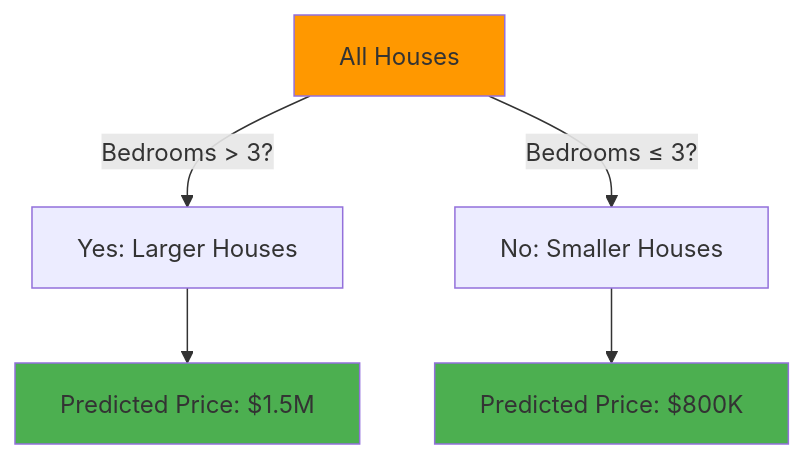
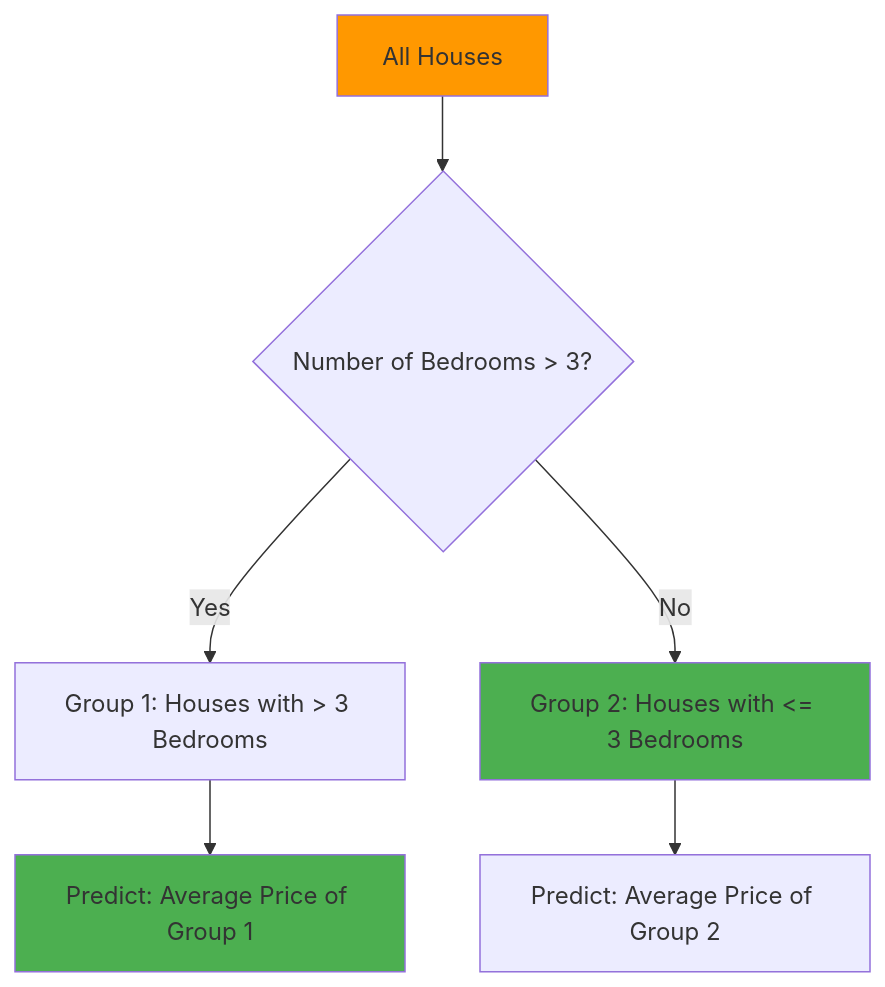
The second of 11 diagrams in ai-ml-roadmap/phase-01-machine-learning/assets/kaggleIntrotoMachineLearning/readme.md (beingAnujChaudhary/personalNotes), drawn with Mermaid before and after one commit. The commit also changed other lines of this file, not shown here.

````diff
--- a/ai-ml-roadmap/phase-01-machine-learning/assets/kaggleIntrotoMachineLearning/readme.md
+++ b/ai-ml-roadmap/phase-01-machine-learning/assets/kaggleIntrotoMachineLearning/readme.md
@@ -59,11 +52,12 @@
 ```mermaid
 graph TD
-    A[All Houses] -->|"Bedrooms > 3?"| B[Yes: Larger Houses]
-    A -->|"Bedrooms ≤ 3?"| C[No: Smaller Houses]
-    B --> D[Predicted Price: $1.5M]
-    C --> E[Predicted Price: $800K]
-    
+    A[All Houses] --> B{Number of Bedrooms > 3?};
+    B -- Yes --> C[Group 1: Houses with > 3 Bedrooms];
+    B -- No --> D[Group 2: Houses with <= 3 Bedrooms];
+    C --> E[Predict: Average Price of Group 1];
+    D --> F[Predict: Average Price of Group 2];
+
     style A fill:#ff9800
     style D fill:#4caf50
     style E fill:#4caf50
 ```
````
